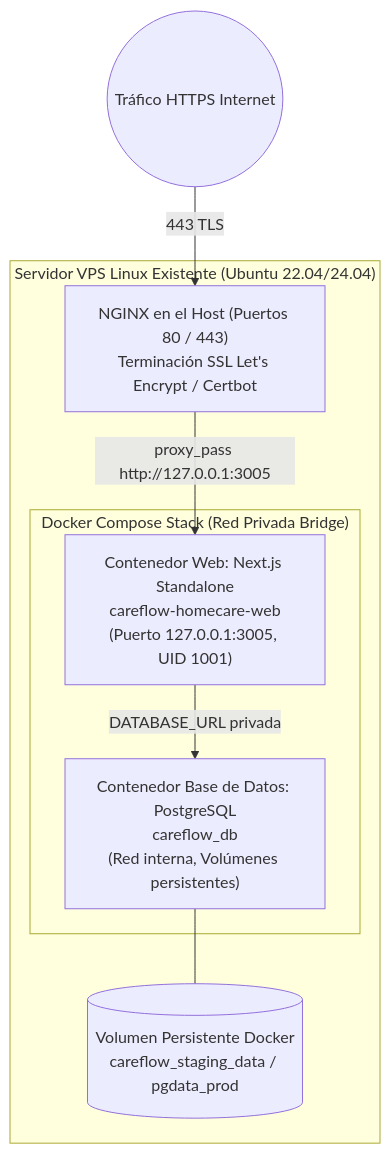
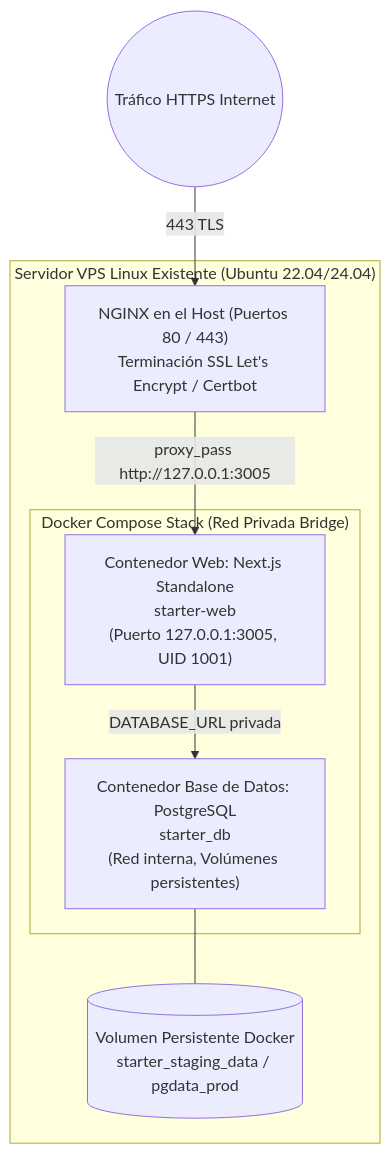
Before and after one commit to miguelms/GoldenStarterCodex: the diagram in docs/adr/ADR-005-docker-compose-orchestration.md, drawn with Mermaid. The commit also changed other lines of this file and 43 other files, not shown here.

````diff
--- a/docs/adr/ADR-005-docker-compose-orchestration.md
+++ b/docs/adr/ADR-005-docker-compose-orchestration.md
@@ -64,18 +64,18 @@
 ```mermaid
 flowchart TD
     subgraph Host["Servidor VPS Linux Existente (Ubuntu 22.04/24.04)"]
         NGINX["NGINX en el Host (Puertos 80 / 443)<br/>Terminación SSL Let's Encrypt / Certbot"]
 
         subgraph Compose["Docker Compose Stack (Red Privada Bridge)"]
-            Web["Contenedor Web: Next.js Standalone<br/>careflow-homecare-web<br/>(Puerto 127.0.0.1:3005, UID 1001)"]
-            DB["Contenedor Base de Datos: PostgreSQL<br/>careflow_db<br/>(Red interna, Volúmenes persistentes)"]
+            Web["Contenedor Web: Next.js Standalone<br/>starter-web<br/>(Puerto 127.0.0.1:3005, UID 1001)"]
+            DB["Contenedor Base de Datos: PostgreSQL<br/>starter_db<br/>(Red interna, Volúmenes persistentes)"]
         end
 
-        Vol[("Volumen Persistente Docker<br/>careflow_staging_data / pgdata_prod")]
+        Vol[("Volumen Persistente Docker<br/>starter_staging_data / pgdata_prod")]
     end
 
     Internet((Tráfico HTTPS Internet)) -->|443 TLS| NGINX
     NGINX -->|proxy_pass http://127.0.0.1:3005| Web
     Web -->|DATABASE_URL privada| DB
     DB --- Vol
 ```
````
